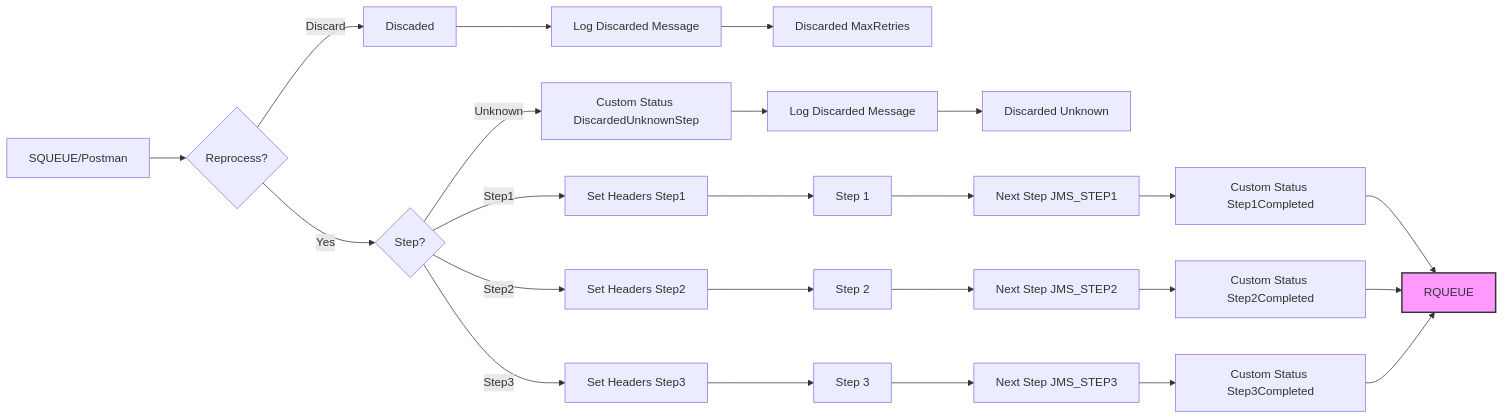
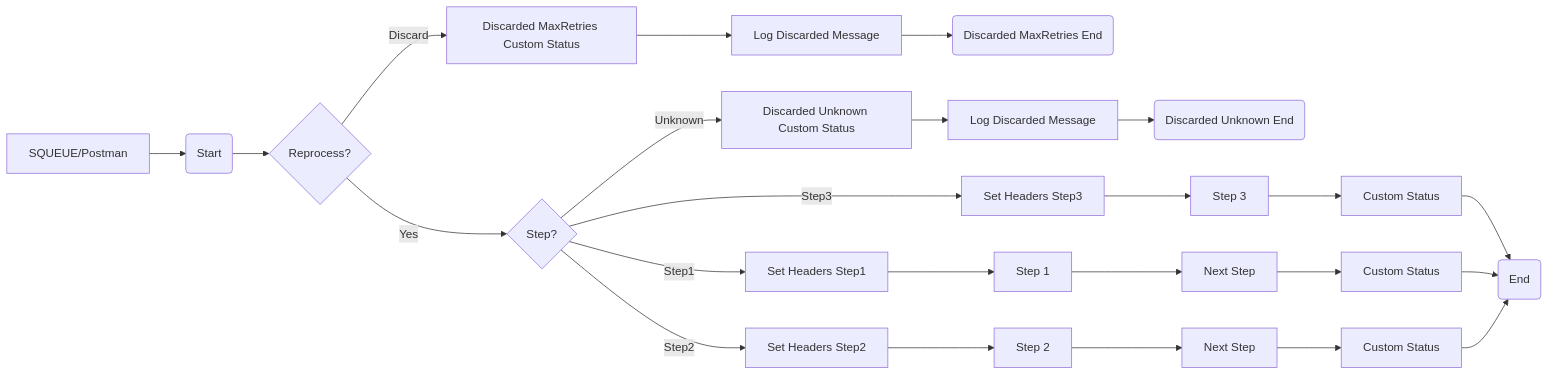
The diagram in MMZ - Templates/SEDA_Model_-_Single_Queue_-_Restart_and_Discard-1.0.0/readme.md (Avvale-IA-CICD/AvvaleCPI), drawn with Mermaid before and after one commit. The commit also changed other lines of this file, not shown here.

Commit message:
Add/update documentation for SEDA_Model_-_Single_Queue_-_Restart_and_Discard v1.0.0

````diff
--- a/MMZ - Templates/SEDA_Model_-_Single_Queue_-_Restart_and_Discard-1.0.0/readme.md
+++ b/MMZ - Templates/SEDA_Model_-_Single_Queue_-_Restart_and_Discard-1.0.0/readme.md
@@ -4,27 +4,26 @@
 ```mermaid
 graph LR
-    A[SQUEUE/Postman] --> B{Reprocess?}
-    B -- Yes --> C{Step?}
-    B -- Discard --> D[Discaded]
-    D --> E[Log Discarded Message]
-    E --> F[Discarded MaxRetries]
-    C -- Step1 --> G[Set Headers Step1]
-    C -- Step2 --> H[Set Headers Step2]
-    C -- Step3 --> I[Set Headers Step3]
-    C -- Unknown --> J[Custom Status DiscardedUnknownStep]
-    J --> K[Log Discarded Message]
-    K --> L[Discarded Unknown]
-    G --> M[Step 1]
-    H --> N[Step 2]
-    I --> O[Step 3]
-    M --> P[Next Step JMS_STEP1]
-    N --> Q[Next Step JMS_STEP2]
-    O --> R[Next Step JMS_STEP3]
-    P --> S[Custom Status Step1Completed]
-    Q --> T[Custom Status Step2Completed]
-    R --> U[Custom Status Step3Completed]
-    S --> V[RQUEUE]
-    T --> V[RQUEUE]
-    U --> V[RQUEUE]
-    style V fill:#f9f,stroke:#333,stroke-width:2px
+    A[SQUEUE/Postman] --> B(Start)
+    B --> C{Reprocess?}
+    C -- Yes --> D{Step?}
+    C -- Discard --> E[Discarded MaxRetries Custom Status]
+    E --> F[Log Discarded Message]
+    F --> G(Discarded MaxRetries End)
+    D -- Step1 --> H[Set Headers Step1]
+    D -- Step2 --> I[Set Headers Step2]
+    D -- Step3 --> J[Set Headers Step3]
+    D -- Unknown --> K[Discarded Unknown Custom Status]
+    K --> L[Log Discarded Message]
+    L --> M(Discarded Unknown End)
+    H --> N[Step 1]
+    I --> O[Step 2]
+    J --> P[Step 3]
+    N --> Q[Next Step]
+    O --> R[Next Step]
+    P --> S[Custom Status]
+    Q --> T[Custom Status]
+    R --> U[Custom Status]
+    S --> V(End)
+    T --> V
+    U --> V
 ```
````
